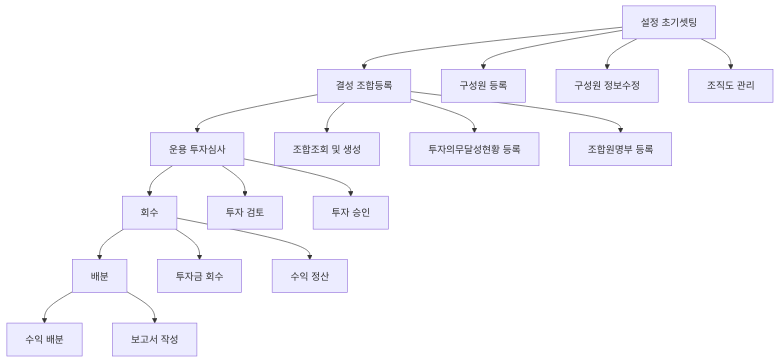
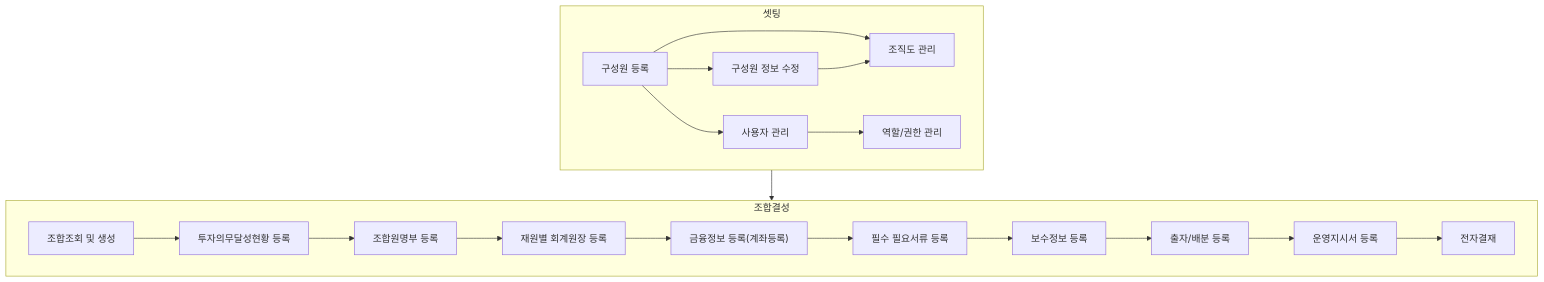
One commit to cotes2020/jekyll-theme-chirpy changed the diagram in _tabs/about.md. Above: the diagram before and after it, drawn with Mermaid. The commit also changed other lines of this file, not shown here.

Commit message:
현재 기준 mermaid 코드 최신화

````diff
--- a/_tabs/about.md
+++ b/_tabs/about.md
@@ -47,30 +48,37 @@
 ```mermaid
-graph TD
-    A[설정 초기셋팅] --> B[결성 조합등록]
-    B --> C[운용 투자심사]
-    C --> D[회수]
-    D --> E[배분]
+flowchart TD
+    subgraph 셋팅["셋팅"]
+        hr0001["구성원 등록"]
+        hr0002["구성원 정보 수정"]
+        hr0007["조직도 관리"]
+        se0005["사용자 관리"]
+        se0003["역할/권한 관리"]
+        hr0001 --> hr0002
+        hr0001 --> hr0007
+        hr0002 --> hr0007
+        hr0001 --> se0005
+        se0005 --> se0003
 
-    A --> A1[구성원 등록]
-    A --> A2[구성원 정보수정]
-    A --> A3[조직도 관리]
+    click hr0001 "{% post_url 2024-07-02-hr0001 %}" "구성원 등록 페이지로 이동"
+    click hr0002 "{% post_url 2024-07-02-hr0002 %}" "구성원 정보수정 페이지로 이동"
+    click hr0007 "{% post_url 2024-07-02-hr0007 %}" "조직도 관리 페이지로 이동"
 
-    B --> B1[조합조회 및 생성]
-    B --> B2[투자의무달성현황 등록]
-    B --> B3[조합원명부 등록]
+    end
 
-    C --> C1[투자 검토]
-    C --> C2[투자 승인]
+    subgraph 조합결성["조합결성"]
+        fd0001["조합조회 및 생성"]
+        fd0010["투자의무달성현황 등록"]
+        fd0011["조합원명부 등록"]
+        fm0010["재원별 회계원장 등록"]
+        fd0009["금융정보 등록(계좌등록)"]
+        fd0013["필수 필요서류 등록"]
+        fd0012["보수정보 등록"]
+        fd0006["출자/배분 등록"]
+        io0002["운영지시서 등록"]
+        ed0001["전자결재"]
 
-    D --> D1[투자금 회수]
-    D --> D2[수익 정산]
+        fd0001 --> fd0010 --> fd0011 --> fm0010 --> fd0009 --> fd0013 -->  fd0012 --> fd0006 --> io0002 --> ed0001
+    end
 
-    E --> E1[수익 배분]
-    E --> E2[보고서 작성]
-
-    click A1 "{% post_url 2024-07-02-hr0001 %}"
-    click A2 "{% post_url 2024-07-02-hr0002 %}"
-    click A3 "{% post_url 2024-07-02-hr0007 %}"
-    click B1 "{% post_url 2024-07-03-fd0001 %}"
-    click B3 "{% post_url 2024-07-03-fd0001 %}"
+    셋팅 --> 조합결성
 ```
````
